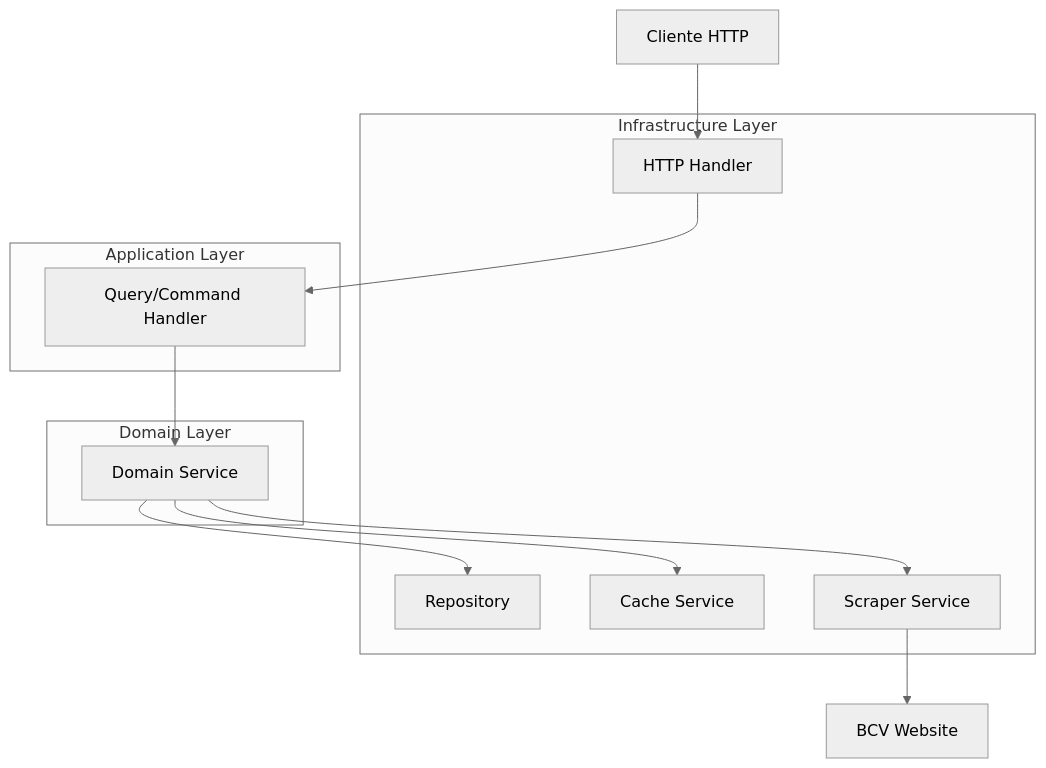
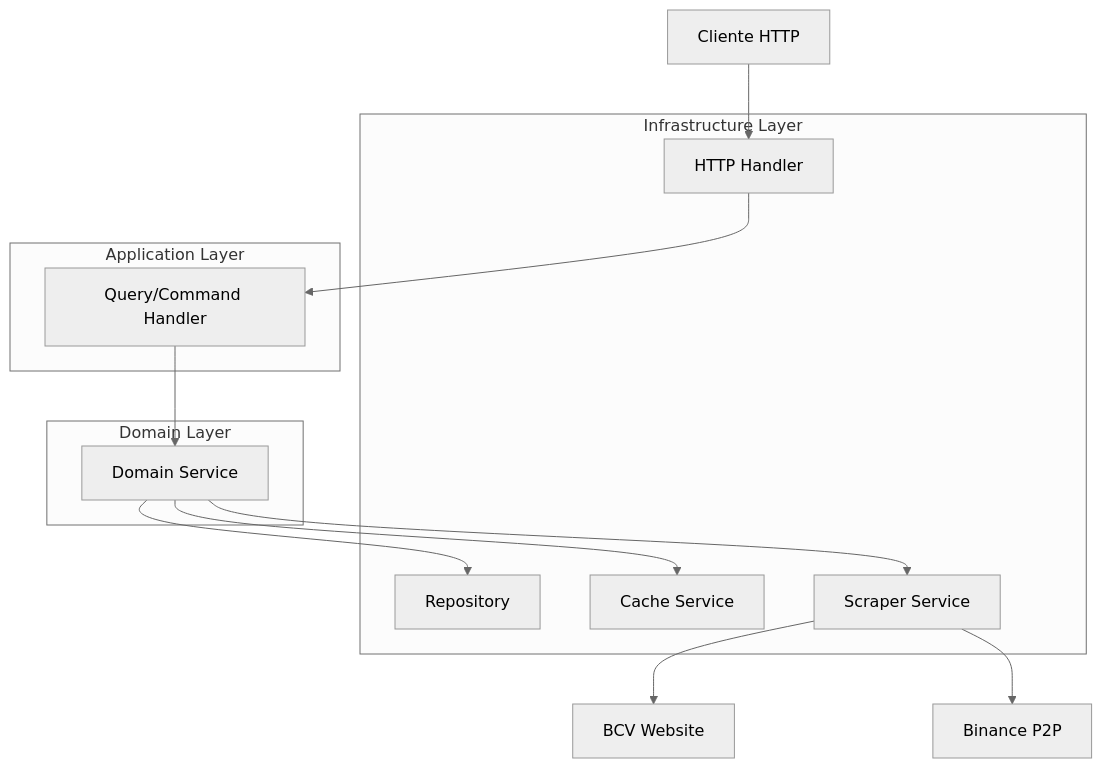
Before and after one commit to AndrusGerman/gobcv: the diagram in README.md, drawn with Mermaid (neutral theme). The commit also changed other lines of this file, not shown here.

````diff
--- a/README.md
+++ b/README.md
@@ -197,25 +198,26 @@
 ```mermaid
 graph TB
     A[Cliente HTTP] --> B[HTTP Handler]
     B --> C[Query/Command Handler]
     C --> D[Domain Service]
     D --> E[Repository]
     D --> F[Cache Service]
     D --> G[Scraper Service]
     G --> H[BCV Website]
+    G --> I[Binance P2P]
     
     subgraph "Infrastructure Layer"
         B
         E
         F
         G
     end
     
     subgraph "Application Layer"
         C
     end
     
     subgraph "Domain Layer"
         D
     end
 ```
````
